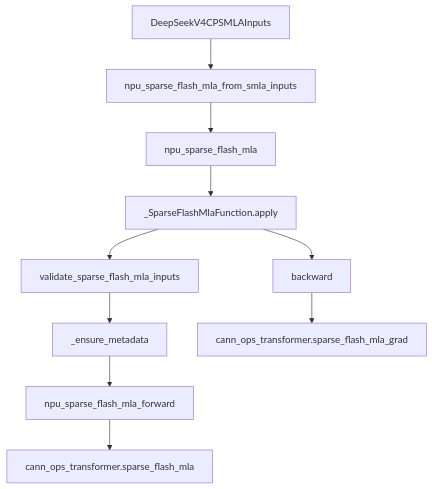
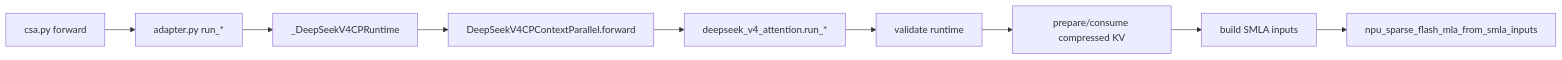
Before and after one commit to ChemLez/Megatron-Note: the ninth of 13 diagrams in features/context_parallel/chapter-03-mindspeed-deepseek-v4-context-parallel.md, drawn with Mermaid. The commit also changed other lines of this file and 1 other file, not shown here.

Commit message:
docs: refresh DeepSeek V4 CP archive note

````diff
--- a/features/context_parallel/chapter-03-mindspeed-deepseek-v4-context-parallel.md
+++ b/features/context_parallel/chapter-03-mindspeed-deepseek-v4-context-parallel.md
@@ -1066,12 +928,11 @@
 ```mermaid
-flowchart TD
-    A["DeepSeekV4CPSMLAInputs"] --> B["npu_sparse_flash_mla_from_smla_inputs"]
-    B --> C["npu_sparse_flash_mla"]
-    C --> D["_SparseFlashMlaFunction.apply"]
-    D --> E["validate_sparse_flash_mla_inputs"]
-    E --> F["_ensure_metadata"]
-    F --> G["npu_sparse_flash_mla_forward"]
-    G --> H["cann_ops_transformer.sparse_flash_mla"]
-    D --> I["backward"]
-    I --> J["cann_ops_transformer.sparse_flash_mla_grad"]
+flowchart LR
+    G2["csa.py forward"] --> A["adapter.py run_*"]
+    A --> R["_DeepSeekV4CPRuntime"]
+    R --> C["DeepSeekV4CPContextParallel.forward"]
+    C --> B["deepseek_v4_attention.run_*"]
+    B --> V["validate runtime"]
+    V --> P["prepare/consume compressed KV"]
+    P --> S["build SMLA inputs"]
+    S --> O["npu_sparse_flash_mla_from_smla_inputs"]
 ```
````
